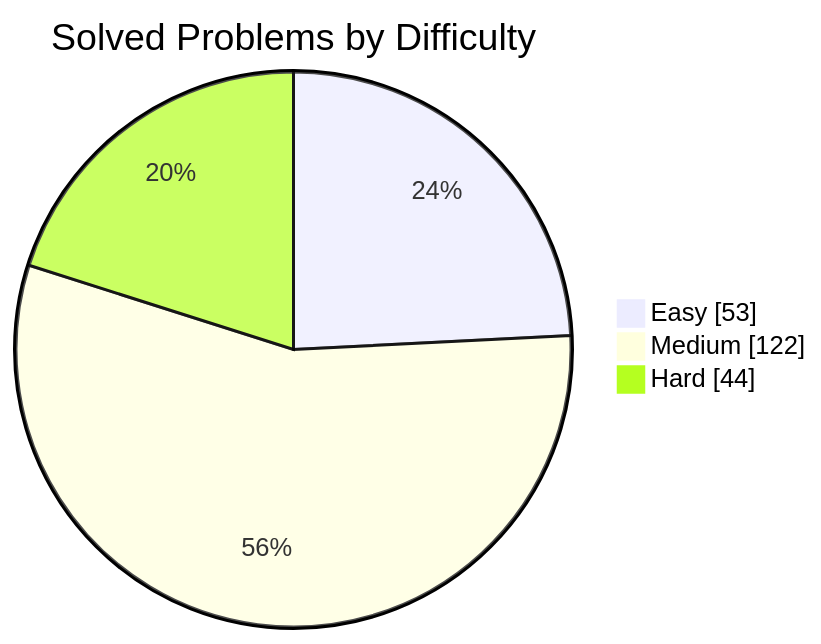
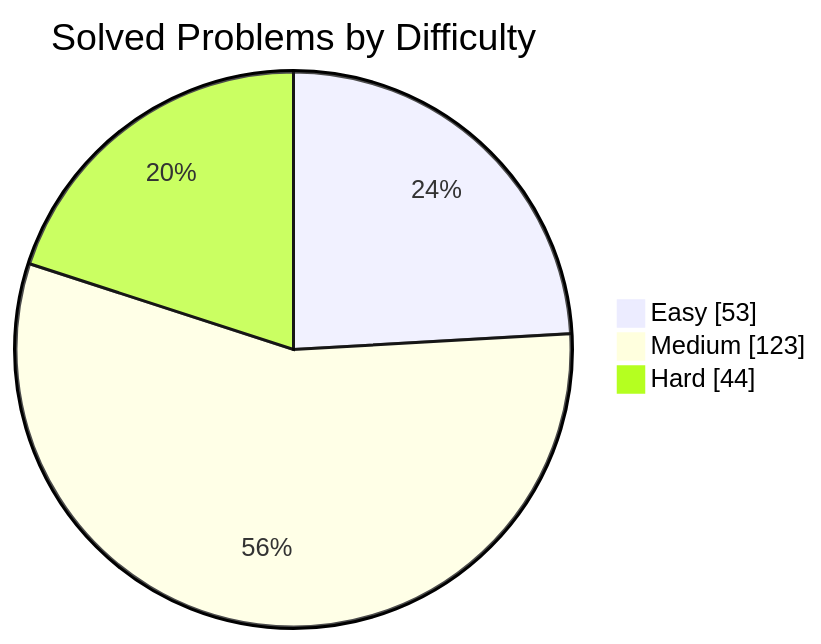
The first of 2 diagrams in README.md (manikantbindass/DSA-Preparation-FAANG), drawn with Mermaid before and after one commit. The commit also changed other lines of this file and 1 other file, not shown here.

````diff
--- a/README.md
+++ b/README.md
@@ -40,7 +40,7 @@
 ```mermaid
 pie showData
     title Solved Problems by Difficulty
     "Easy" : 53
-    "Medium" : 122
+    "Medium" : 123
     "Hard" : 44
 ```
````
